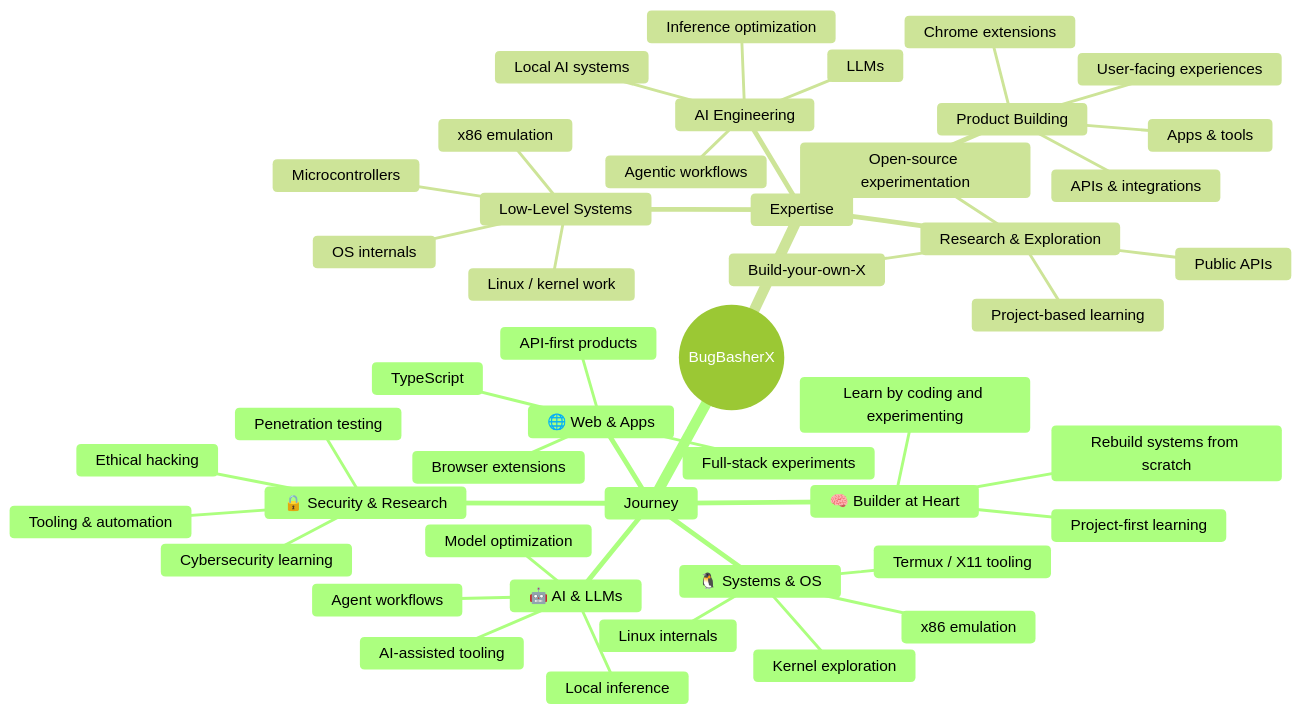
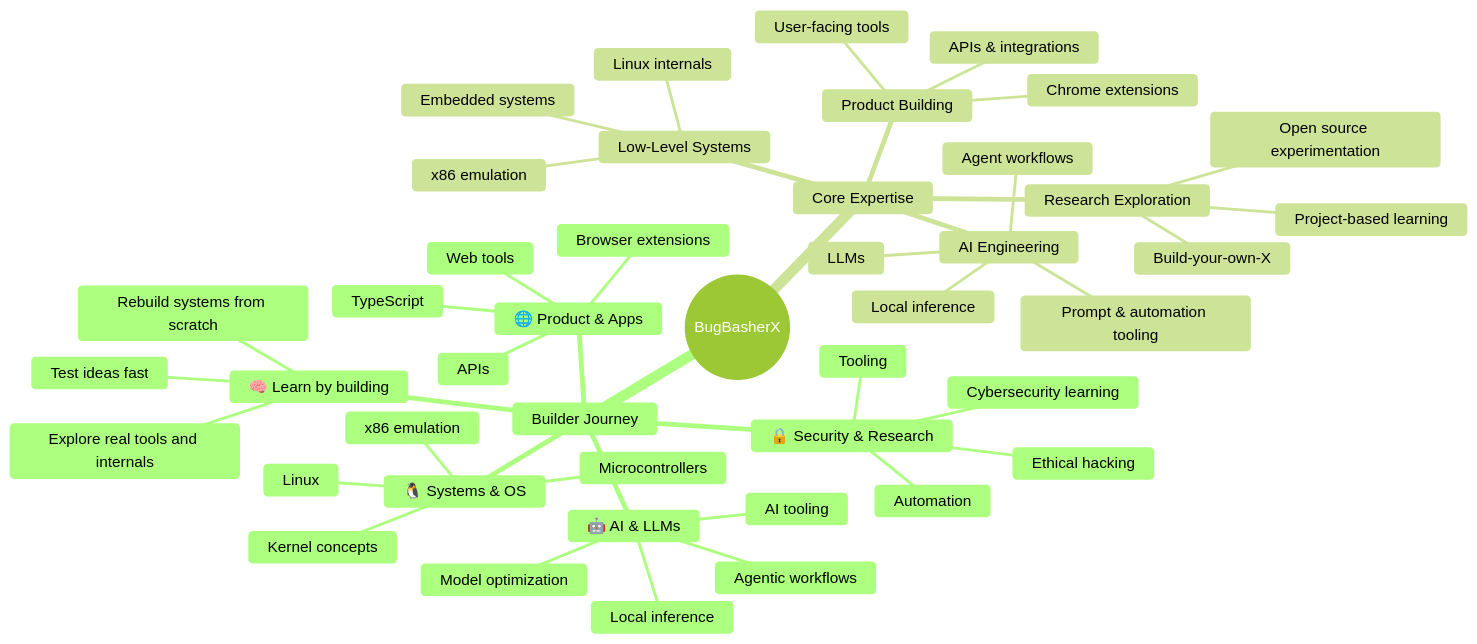
The diagram in README.md (BugBasherX/BugBasherX), drawn with Mermaid before and after one commit.

Commit message:
Update the journey and expertise map to match BugBasherX's actual profile and project interests

````diff
--- a/README.md
+++ b/README.md
@@ -108,51 +108,48 @@
 ```mermaid
 %%{init: {'theme':'forest', 'themeVariables': { 'background': 'transparent' }}}%%
 mindmap
   root((BugBasherX))
-    Journey
-      🧠 Builder at Heart
+    Builder Journey
+      🧠 Learn by building
         Rebuild systems from scratch
-        Learn by coding and experimenting
-        Project-first learning
+        Explore real tools and internals
+        Test ideas fast
       🐧 Systems & OS
-        Linux internals
-        Kernel exploration
+        Linux
+        Kernel concepts
         x86 emulation
-        Termux / X11 tooling
+        Microcontrollers
       🤖 AI & LLMs
         Local inference
         Model optimization
-        Agent workflows
-        AI-assisted tooling
-      🌐 Web & Apps
+        Agentic workflows
+        AI tooling
+      🌐 Product & Apps
         TypeScript
         Browser extensions
-        Full-stack experiments
-        API-first products
+        Web tools
+        APIs
       🔒 Security & Research
         Ethical hacking
-        Tooling & automation
-        Penetration testing
+        Tooling
+        Automation
         Cybersecurity learning
-    Expertise
+    Core Expertise
       Low-Level Systems
         x86 emulation
-        OS internals
-        Microcontrollers
-        Linux / kernel work
+        Linux internals
+        Embedded systems
       AI Engineering
         LLMs
-        Inference optimization
-        Local AI systems
-        Agentic workflows
+        Local inference
+        Agent workflows
+        Prompt & automation tooling
       Product Building
         Chrome extensions
-        Apps & tools
-        User-facing experiences
+        User-facing tools
         APIs & integrations
-      Research & Exploration
+      Research Exploration
         Build-your-own-X
-        Public APIs
+        Open source experimentation
         Project-based learning
-        Open-source experimentation
 ```
````
